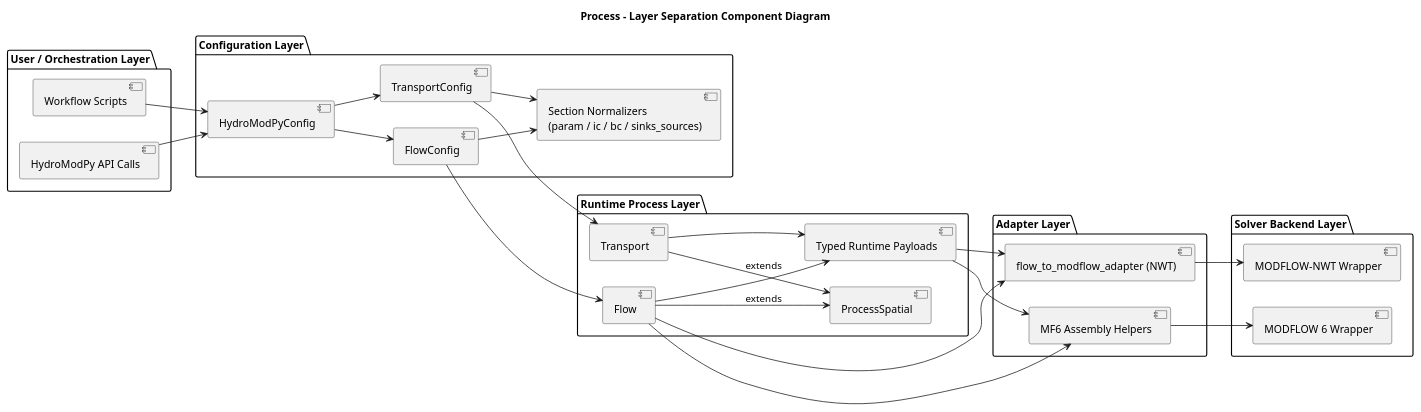
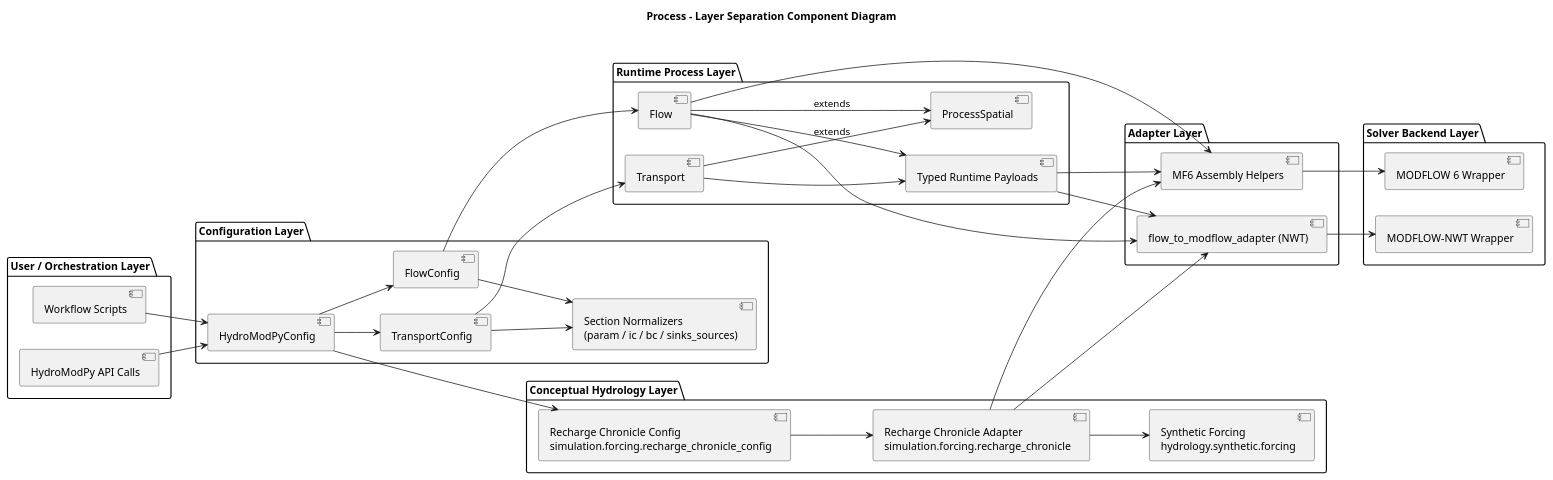
The diagram in docs/readthedocs/source/architecture/process/diagrams/process_layered_components.wsd (HydroModPy/HydroModPy), drawn with PlantUML before and after one commit. The commit also changed 134 other files, not shown here.

```diff
--- a/docs/readthedocs/source/architecture/process/diagrams/process_layered_components.wsd
+++ b/docs/readthedocs/source/architecture/process/diagrams/process_layered_components.wsd
@@ -1,56 +1,67 @@
 @startuml
 title Process - Layer Separation Component Diagram
 left to right direction
 
 package "User / Orchestration Layer" {
   component "Workflow Scripts" as WorkflowScripts
   component "HydroModPy API Calls" as ApiCalls
 }
 
 package "Configuration Layer" {
   component "HydroModPyConfig" as HydroModPyConfig
   component "FlowConfig" as FlowConfig
   component "TransportConfig" as TransportConfig
   component "Section Normalizers\n(param / ic / bc / sinks_sources)" as Normalizers
+}
+
+package "Conceptual Hydrology Layer" {
+  component "Recharge Chronicle Config\nsimulation.forcing.recharge_chronicle_config" as RechargeChronicleConfig
+  component "Recharge Chronicle Adapter\nsimulation.forcing.recharge_chronicle" as RechargeChronicleAdapter
+  component "Synthetic Forcing\nhydrology.synthetic.forcing" as HydrologySyntheticForcing
 }
 
 package "Runtime Process Layer" {
   component "ProcessSpatial" as ProcessSpatial
   component "Flow" as Flow
   component "Transport" as Transport
   component "Typed Runtime Payloads" as RuntimePayloads
 }
 
 package "Adapter Layer" {
   component "flow_to_modflow_adapter (NWT)" as FlowAdapterNwt
   component "MF6 Assembly Helpers" as Mf6Helpers
 }
 
 package "Solver Backend Layer" {
   component "MODFLOW-NWT Wrapper" as ModflowNwtWrapper
   component "MODFLOW 6 Wrapper" as Modflow6Wrapper
 }
 
 WorkflowScripts --> HydroModPyConfig
 ApiCalls --> HydroModPyConfig
 
 HydroModPyConfig --> FlowConfig
 HydroModPyConfig --> TransportConfig
+HydroModPyConfig --> RechargeChronicleConfig
 FlowConfig --> Normalizers
 TransportConfig --> Normalizers
+RechargeChronicleConfig --> RechargeChronicleAdapter
+RechargeChronicleAdapter --> HydrologySyntheticForcing
 
 FlowConfig --> Flow
 TransportConfig --> Transport
 Flow --> ProcessSpatial : extends
 Transport --> ProcessSpatial : extends
 Flow --> RuntimePayloads
 Transport --> RuntimePayloads
 
 Flow --> FlowAdapterNwt
 Flow --> Mf6Helpers
 RuntimePayloads --> FlowAdapterNwt
 RuntimePayloads --> Mf6Helpers
+RechargeChronicleAdapter --> FlowAdapterNwt
+RechargeChronicleAdapter --> Mf6Helpers
 
 FlowAdapterNwt --> ModflowNwtWrapper
 Mf6Helpers --> Modflow6Wrapper
 @enduml
```
